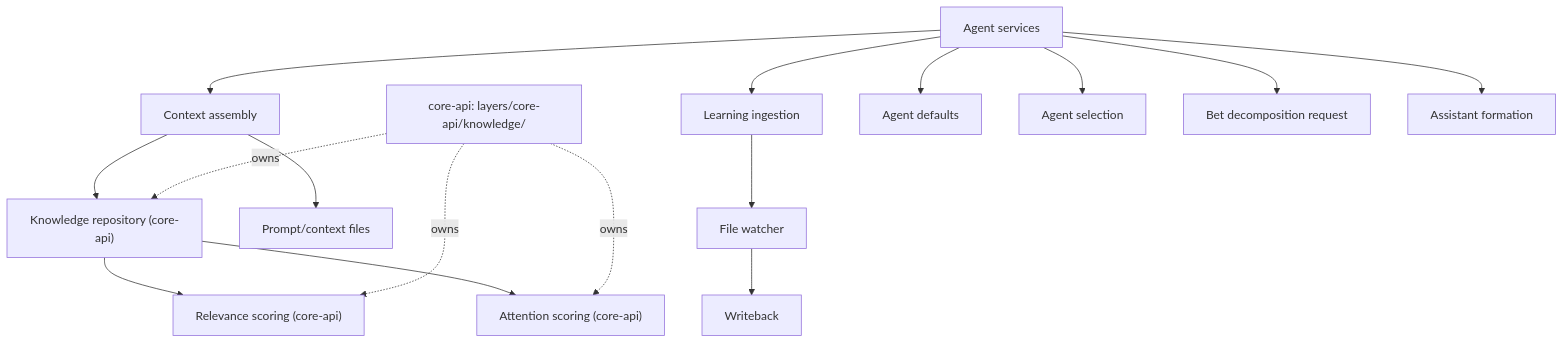
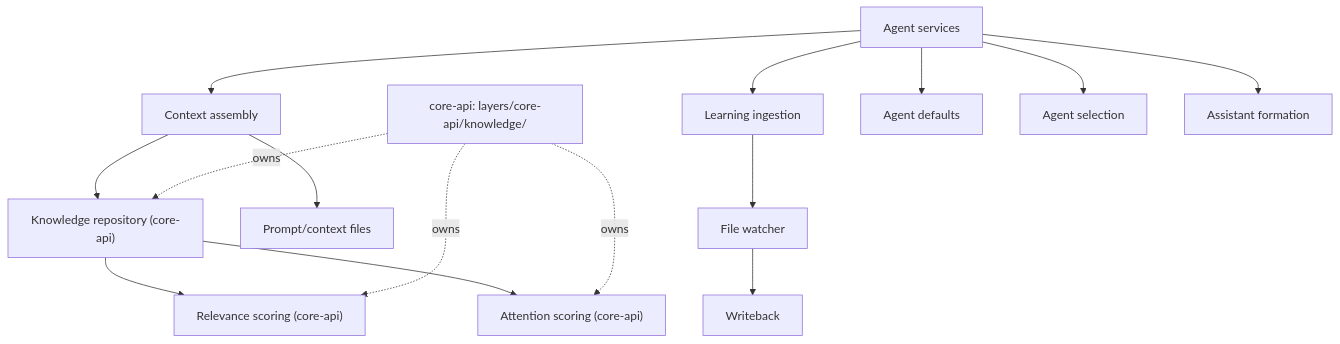
Before and after one commit to idle-builders/hyperidle: the ninth of 12 diagrams in docs/architecture/as-implemented-domain-architecture.md, drawn with Mermaid. The commit also changed other lines of this file and 54 other files, not shown here.

````diff
--- a/docs/architecture/as-implemented-domain-architecture.md
+++ b/docs/architecture/as-implemented-domain-architecture.md
@@ -290,22 +287,21 @@
 ```mermaid
 flowchart TB
   AgentServices["Agent services"]
   CoreKnowledge["core-api: layers/core-api/knowledge/"]
 
   AgentServices --> ContextAssembly["Context assembly"]
   AgentServices --> LearningIngestion["Learning ingestion"]
   AgentServices --> AgentDefaults["Agent defaults"]
   AgentServices --> AgentSelection["Agent selection"]
-  AgentServices --> BetDecompose["Bet decomposition request"]
   AgentServices --> AssistantForm["Assistant formation"]
 
   ContextAssembly --> KnowledgeRepo["Knowledge repository (core-api)"]
   ContextAssembly --> PromptFiles["Prompt/context files"]
   LearningIngestion --> FileWatcher["File watcher"]
   FileWatcher --> Writeback["Writeback"]
   KnowledgeRepo --> Relevance["Relevance scoring (core-api)"]
   KnowledgeRepo --> Attention["Attention scoring (core-api)"]
   CoreKnowledge -.owns.-> KnowledgeRepo
   CoreKnowledge -.owns.-> Relevance
   CoreKnowledge -.owns.-> Attention
 ```
````
